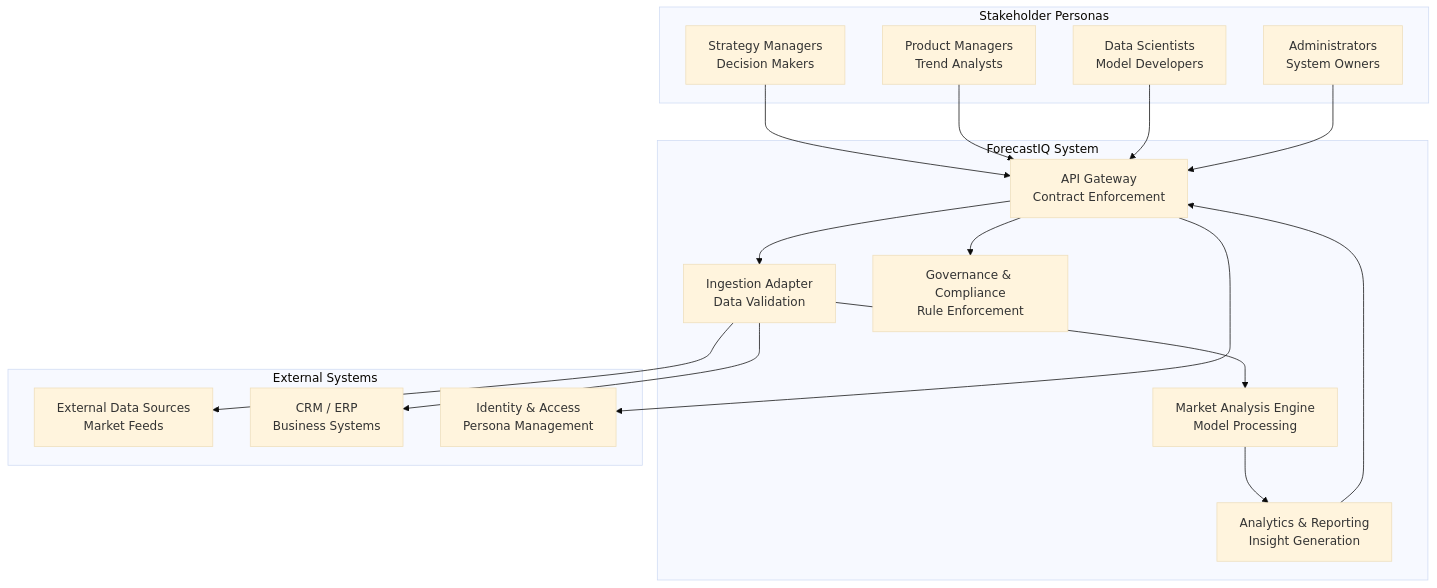
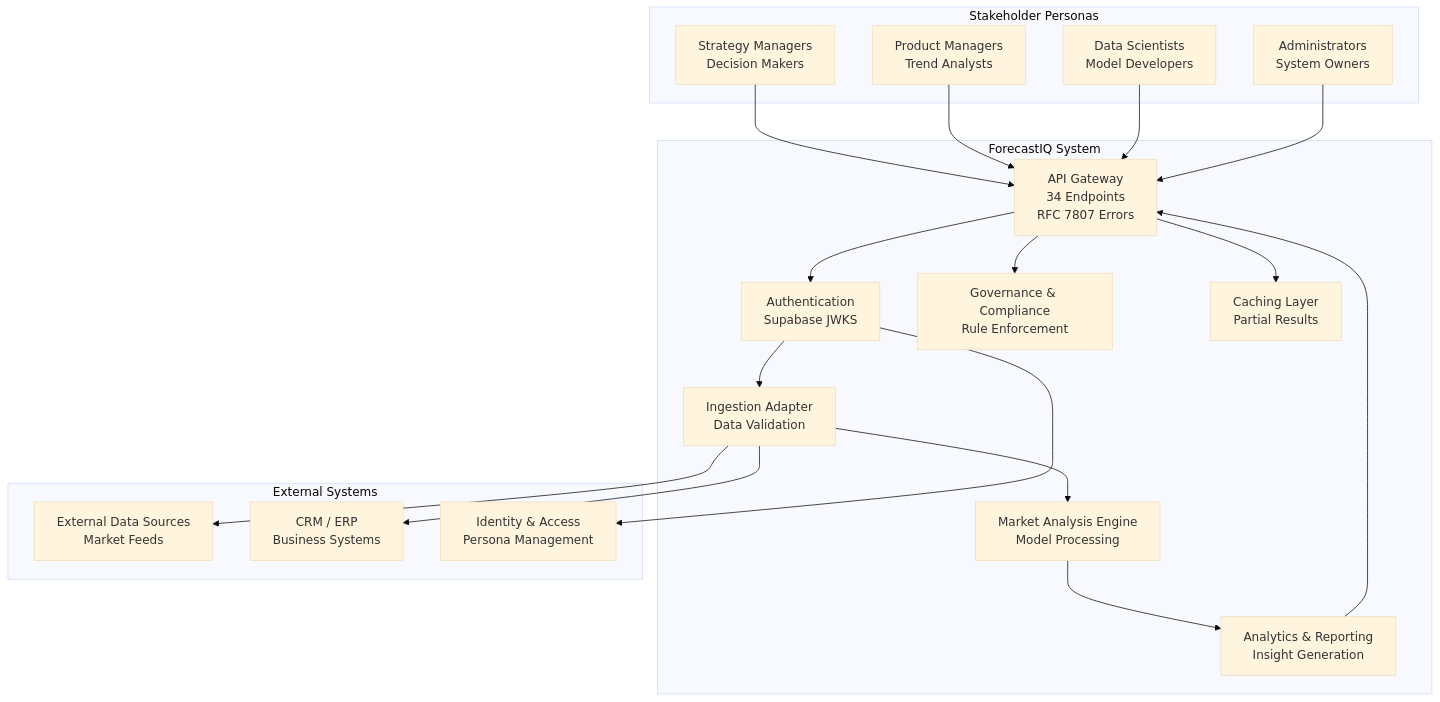
One commit to od3n/forecastiq changed the second of 8 diagrams in .qoder/repowiki/en/content/Business Requirements & Analysis.md. Above: the diagram before and after it, drawn with Mermaid (base theme). The commit also changed other lines of this file and 3 other files, not shown here.

````diff
--- a/.qoder/repowiki/en/content/Business Requirements & Analysis.md
+++ b/.qoder/repowiki/en/content/Business Requirements & Analysis.md
@@ -152,33 +185,37 @@
 ```mermaid
 graph TB
 subgraph "Stakeholder Personas"
 SM["Strategy Managers<br/>Decision Makers"]
 PM["Product Managers<br/>Trend Analysts"]
 DS["Data Scientists<br/>Model Developers"]
 ADM["Administrators<br/>System Owners"]
 end
 subgraph "ForecastIQ System"
-API["API Gateway<br/>Contract Enforcement"]
+APIGW["API Gateway<br/>34 Endpoints<br/>RFC 7807 Errors"]
+AUTH["Authentication<br/>Supabase JWKS"]
 IA["Ingestion Adapter<br/>Data Validation"]
 MA["Market Analysis Engine<br/>Model Processing"]
 AR["Analytics & Reporting<br/>Insight Generation"]
 GOV["Governance & Compliance<br/>Rule Enforcement"]
+CACHE["Caching Layer<br/>Partial Results"]
 end
 subgraph "External Systems"
 ED["External Data Sources<br/>Market Feeds"]
 CRM["CRM / ERP<br/>Business Systems"]
-AUTH["Identity & Access<br/>Persona Management"]
+AUTHEXT["Identity & Access<br/>Persona Management"]
 end
-SM --> API
-PM --> API
-DS --> API
-ADM --> API
-API --> IA
+SM --> APIGW
+PM --> APIGW
+DS --> APIGW
+ADM --> APIGW
+APIGW --> AUTH
+AUTH --> IA
 IA --> MA
 MA --> AR
-AR --> API
-API --> GOV
+AR --> APIGW
+APIGW --> GOV
+APIGW --> CACHE
 IA --> ED
 IA --> CRM
-API --> AUTH
+AUTH --> AUTHEXT
 ```
````
